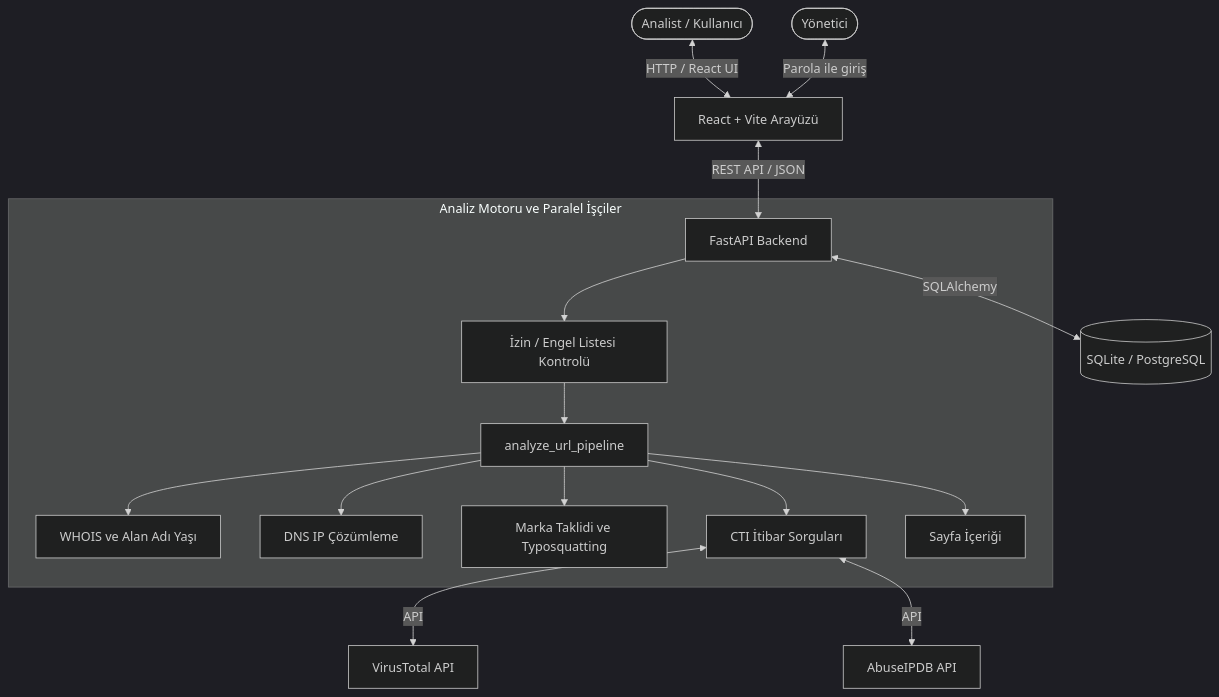
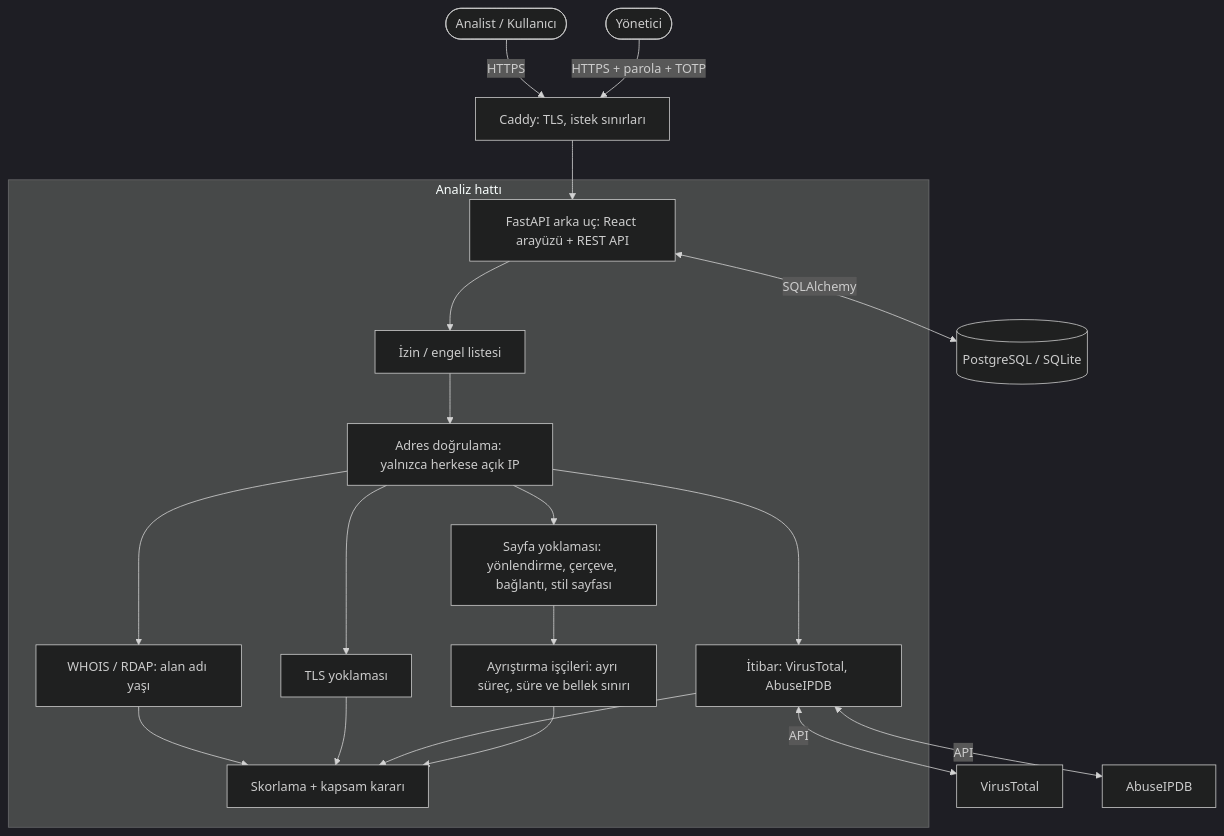
Before and after one commit to kinancgulbahar00-oss/Mihenk: the diagram in README.md, drawn with Mermaid (dark theme). The commit also changed other lines of this file and 16 other files, not shown here.

````diff
--- a/README.md
+++ b/README.md
@@ -89,20 +192,24 @@
 ```mermaid
 graph TD
-    User([Analist / Kullanıcı]) <-->|HTTP / React UI| Frontend[React + Vite Arayüzü]
-    Admin([Yönetici]) <-->|Parola ile giriş| Frontend
-    Frontend <-->|REST API / JSON| Backend[FastAPI Backend]
+    User([Analist / Kullanıcı]) -->|HTTPS| Proxy[Caddy: TLS, istek sınırları]
+    Admin([Yönetici]) -->|HTTPS + parola + TOTP| Proxy
+    Proxy --> Backend[FastAPI arka uç: React arayüzü + REST API]
 
-    subgraph Core Pipeline [Analiz Motoru ve Paralel İşçiler]
-        Backend --> Lists[İzin / Engel Listesi Kontrolü]
-        Lists --> Pipeline[analyze_url_pipeline]
-        Pipeline --> Task1[WHOIS ve Alan Adı Yaşı]
-        Pipeline --> Task2[DNS IP Çözümleme]
-        Pipeline --> Task3[Marka Taklidi ve Typosquatting]
-        Pipeline --> Task4[CTI İtibar Sorguları]
-        Pipeline --> Task5[Sayfa İçeriği]
+    subgraph Pipeline [Analiz hattı]
+        Backend --> Lists[İzin / engel listesi]
+        Lists --> Guard[Adres doğrulama: yalnızca herkese açık IP]
+        Guard --> Whois[WHOIS / RDAP: alan adı yaşı]
+        Guard --> Tls[TLS yoklaması]
+        Guard --> Rep[İtibar: VirusTotal, AbuseIPDB]
+        Guard --> Probe[Sayfa yoklaması: yönlendirme, çerçeve, bağlantı, stil sayfası]
+        Probe --> Workers[Ayrıştırma işçileri: ayrı süreç, süre ve bellek sınırı]
+        Whois --> Score[Skorlama + kapsam kararı]
+        Tls --> Score
+        Rep --> Score
+        Workers --> Score
     end
 
-    Task4 <-->|API| VT[VirusTotal API]
-    Task4 <-->|API| Abuse[AbuseIPDB API]
-    Backend <-->|SQLAlchemy| DB[(SQLite / PostgreSQL)]
+    Rep <-->|API| VT[VirusTotal]
+    Rep <-->|API| Abuse[AbuseIPDB]
+    Backend <-->|SQLAlchemy| DB[(PostgreSQL / SQLite)]
 ```
````
